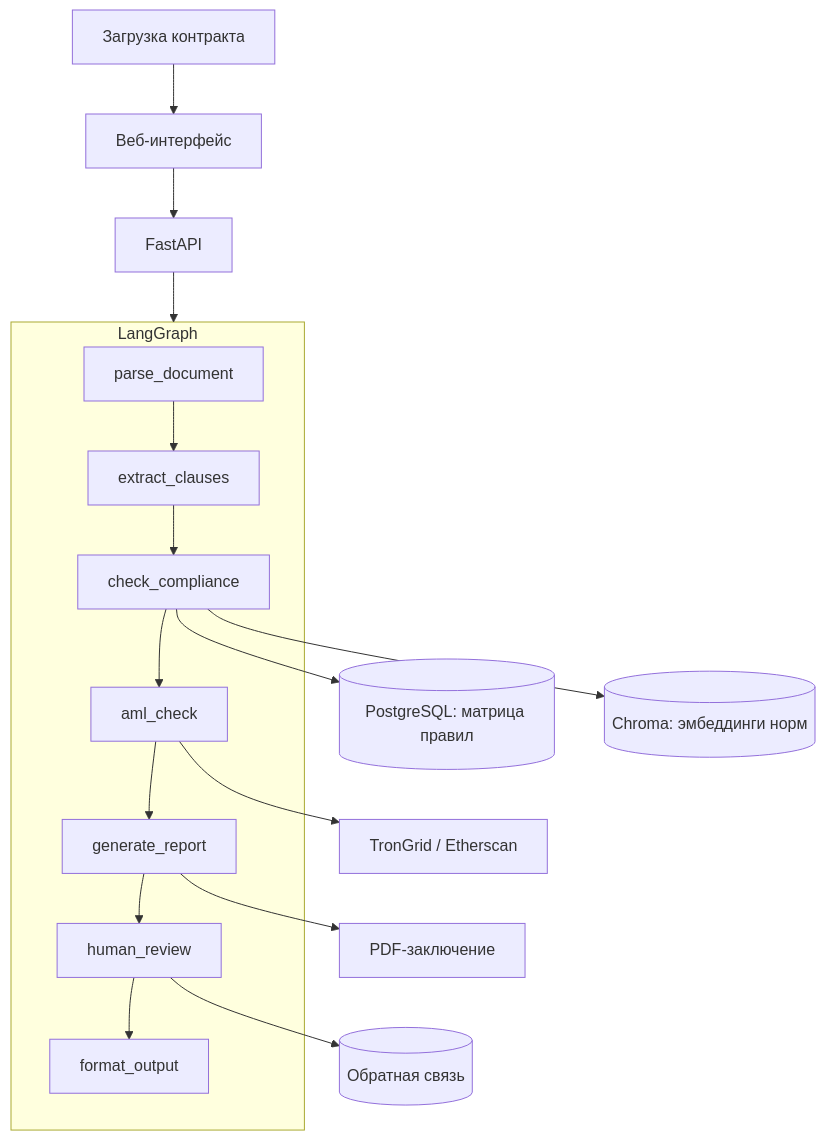
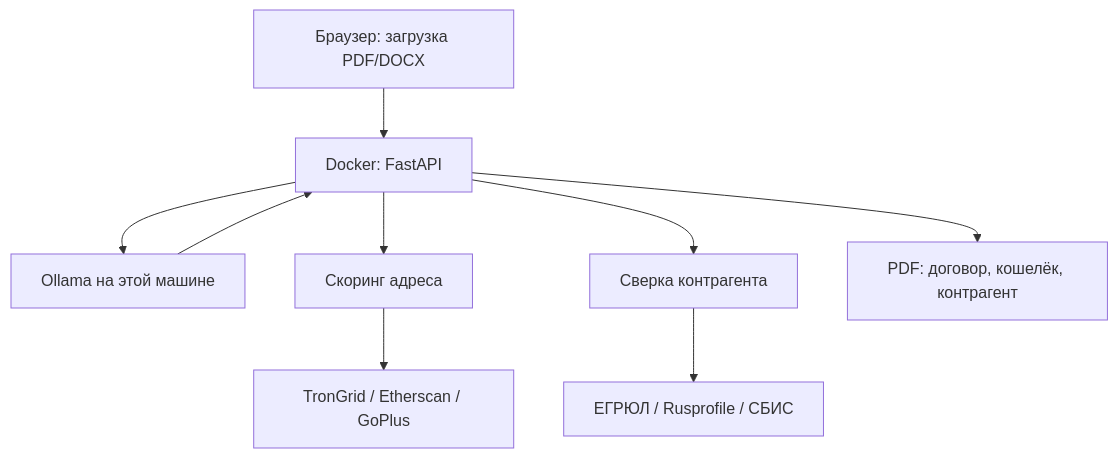
The diagram in docs/ARCHITECTURE.md (NikitaMok/LexCryptoAI), drawn with Mermaid before and after one commit. The commit also changed other lines of this file and 12 other files, not shown here.

````diff
--- a/docs/ARCHITECTURE.md
+++ b/docs/ARCHITECTURE.md
@@ -27,21 +30,11 @@
 ```mermaid
 flowchart TD
-    User[Загрузка контракта] --> Web[Веб-интерфейс]
-    Web --> API[FastAPI]
-    API --> Agent[LangGraph]
-
-    subgraph Agent[LangGraph]
-        N1[parse_document] --> N2[extract_clauses]
-        N2 --> N3[check_compliance]
-        N3 --> N4[aml_check]
-        N4 --> N5[generate_report]
-        N5 --> N6[human_review]
-        N6 --> N7[format_output]
-    end
-
-    N3 --> RulesDB[(PostgreSQL: матрица правил)]
-    N3 --> VectorDB[(Chroma: эмбеддинги норм)]
-    N4 --> RPC[TronGrid / Etherscan]
-    N5 --> Report[PDF-заключение]
-    N6 --> Feedback[(Обратная связь)]
+    User[Браузер: загрузка PDF/DOCX] --> App[Docker: FastAPI]
+    App --> Local[Ollama на этой машине]
+    Local --> App
+    App --> Wallet[Скоринг адреса]
+    App --> Entity[Сверка контрагента]
+    Wallet --> RPC[TronGrid / Etherscan / GoPlus]
+    Entity --> EGRUL[ЕГРЮЛ / Rusprofile / СБИС]
+    App --> PDF[PDF: договор, кошелёк, контрагент]
 ```
````
